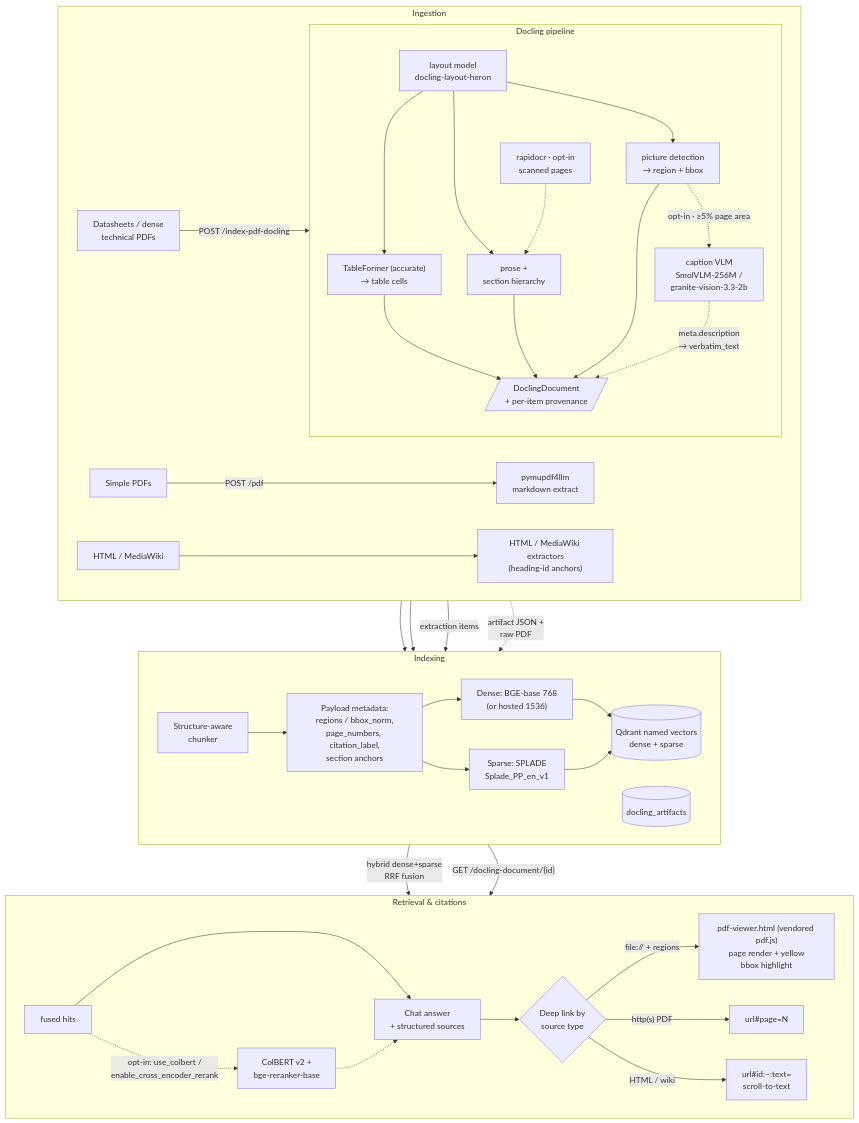
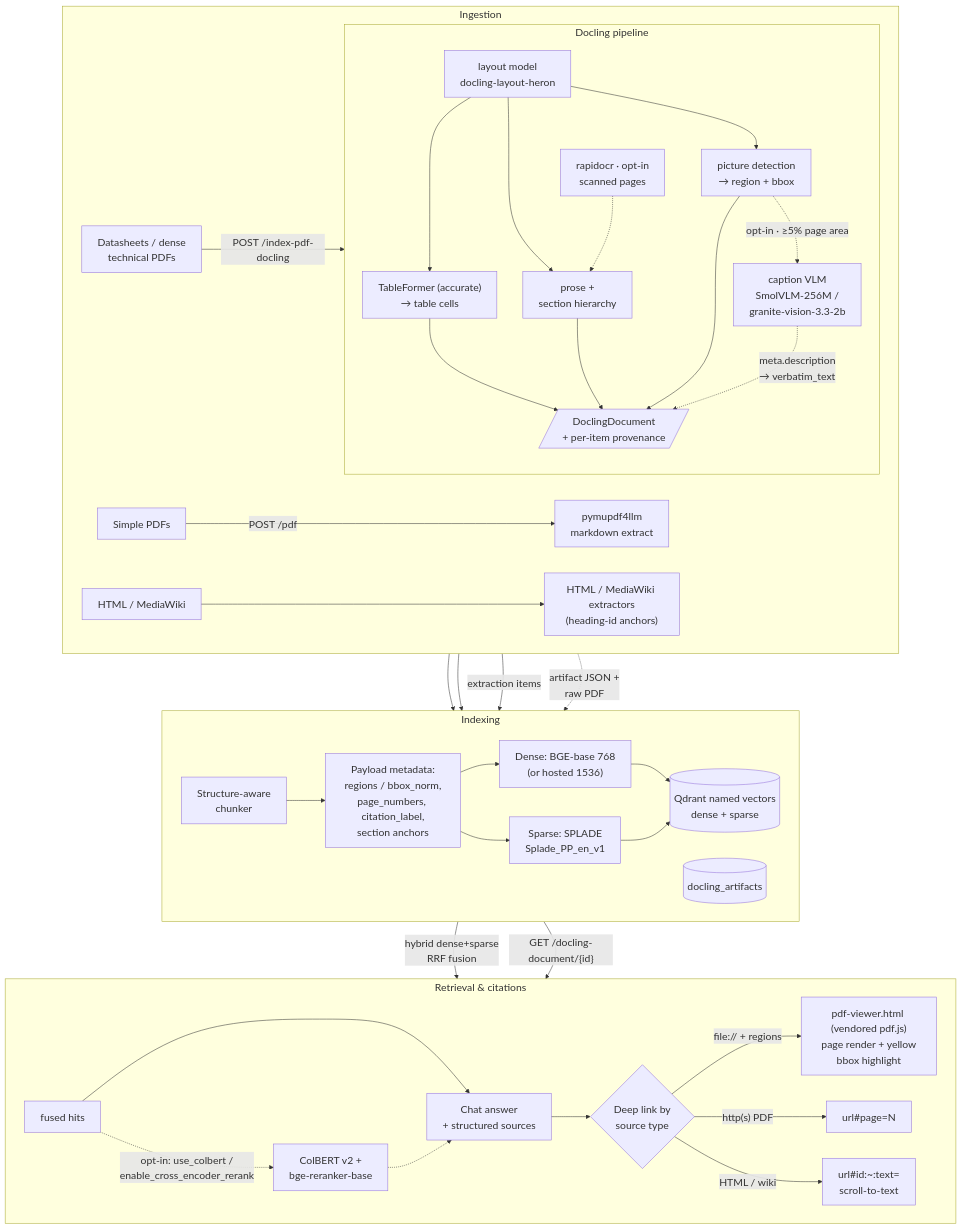
The diagram in RAG_INDEXING_AND_CITATION_STRATEGY.md (vrraj/aina-veris), drawn with Mermaid before and after one commit.

Commit message:
Bump mermaid diagram font size for readability

````diff
--- a/RAG_INDEXING_AND_CITATION_STRATEGY.md
+++ b/RAG_INDEXING_AND_CITATION_STRATEGY.md
@@ -7,50 +7,51 @@
 ```mermaid
+%%{init: {"themeVariables": {"fontSize": "20px"}}}%%
 flowchart TB
     subgraph Ingest["Ingestion"]
         direction LR
         PDF["Simple PDFs"] -->|"POST /pdf"| EXT1["pymupdf4llm<br>markdown extract"]
         HTML["HTML / MediaWiki"] --> EXT3["HTML / MediaWiki extractors<br>(heading-id anchors)"]
         DS["Datasheets / dense<br>technical PDFs"] -->|"POST /index-pdf-docling"| DOCPIPE
 
         subgraph DOCPIPE["Docling pipeline"]
             direction TB
             LAY["layout model<br>docling-layout-heron"]
             LAY --> PROSE["prose +<br>section hierarchy"]
             LAY --> TF["TableFormer (accurate)<br>→ table cells"]
             LAY --> PIC["picture detection<br>→ region + bbox"]
             PIC -.->|"opt-in · ≥5% page area"| VLM["caption VLM<br>SmolVLM-256M /<br>granite-vision-3.3-2b"]
             OCR["rapidocr · opt-in<br>scanned pages"] -.-> PROSE
             TF --> ART[/"DoclingDocument<br>+ per-item provenance"/]
             PROSE --> ART
             PIC --> ART
             VLM -.->|"meta.description<br>→ verbatim_text"| ART
         end
     end
 
     subgraph Index["Indexing"]
         direction LR
         EXT1 --> CHUNK["Structure-aware<br>chunker"]
         EXT3 --> CHUNK
         DOCPIPE -->|"extraction items"| CHUNK
         CHUNK --> META["Payload metadata:<br>regions / bbox_norm,<br>page_numbers, citation_label,<br>section anchors"]
         META --> DENSE["Dense: BGE-base 768<br>(or hosted 1536)"]
         META --> SPARSE["Sparse: SPLADE<br>Splade_PP_en_v1"]
         DENSE --> QD[("Qdrant named vectors<br>dense + sparse")]
         SPARSE --> QD
         DOCPIPE -.->|"artifact JSON +<br>raw PDF"| STORE[("docling_artifacts")]
     end
 
     subgraph Retrieve["Retrieval & citations"]
         direction LR
         QD -->|"hybrid dense+sparse<br>RRF fusion"| FUSE["fused hits"]
         FUSE -.->|"opt-in: use_colbert /<br>enable_cross_encoder_rerank"| RR["ColBERT v2 +<br>bge-reranker-base"]
         FUSE --> ANS
         RR -.-> ANS
         ANS["Chat answer<br>+ structured sources"]
         ANS --> LINKS{"Deep link by<br>source type"}
         STORE -->|"GET /docling-document/{id}"| VIEW
         LINKS -->|"file:// + regions"| VIEW["pdf-viewer.html (vendored pdf.js)<br>page render + yellow<br>bbox highlight"]
         LINKS -->|"http(s) PDF"| PAGEL["url#page=N"]
         LINKS -->|"HTML / wiki"| FRAG["url#id:~:text=<br>scroll-to-text"]
     end
 ```
````
